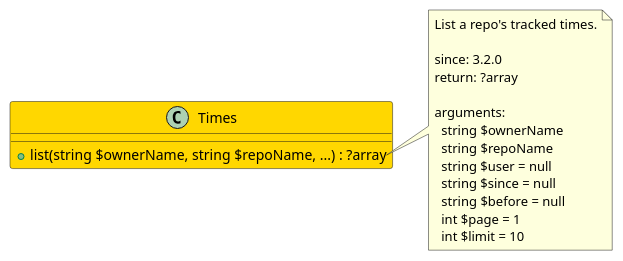
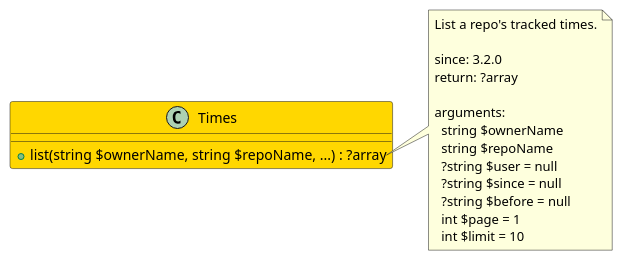
The diagram in src/d7b67b1c-f876-4555-9e54-0645cf519d4c/README.md (joomengine/gitea), drawn with PlantUML before and after one commit. The commit also changed 28 other files, not shown here.

````diff
--- a/src/d7b67b1c-f876-4555-9e54-0645cf519d4c/README.md
+++ b/src/d7b67b1c-f876-4555-9e54-0645cf519d4c/README.md
@@ -6,25 +6,25 @@
 ```uml
 @startuml
 
 class Times  #Gold {
   + list(string $ownerName, string $repoName, ...) : ?array
 }
 
 note right of Times::list
   List a repo's tracked times.
 
   since: 3.2.0
   return: ?array
   
   arguments:
     string $ownerName
     string $repoName
-    string $user = null
-    string $since = null
-    string $before = null
+    ?string $user = null
+    ?string $since = null
+    ?string $before = null
     int $page = 1
     int $limit = 10
 end note
 
 @enduml
 ```
````
